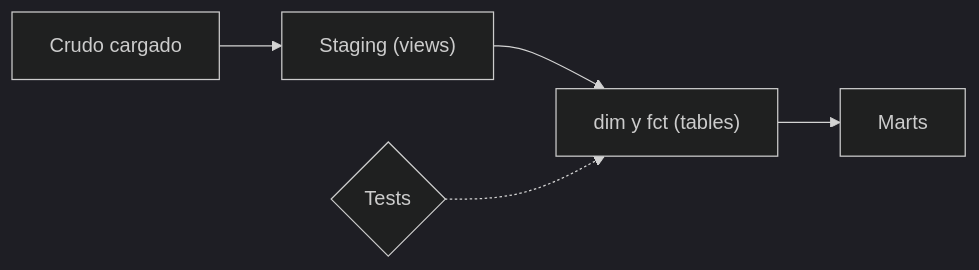
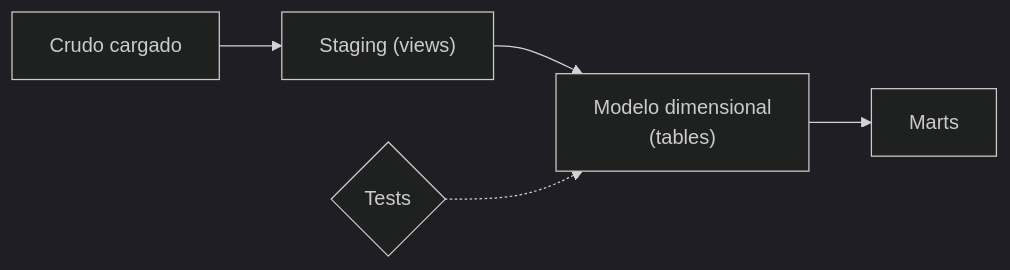
The second of 3 diagrams in content/architectures/modern-data-warehouse-architecture.md (fcp4891/de-knowledge-hub), drawn with Mermaid (dark theme) before and after one commit. The commit also changed other lines of this file and 13 other files, not shown here.

````diff
--- a/content/architectures/modern-data-warehouse-architecture.md
+++ b/content/architectures/modern-data-warehouse-architecture.md
@@ -130,7 +130,7 @@
 ```mermaid
 flowchart LR
   R["Crudo cargado"] --> S["Staging (views)"]
-  S --> D["dim y fct (tables)"]
+  S --> D["Modelo dimensional<br/>(tables)"]
   D --> M["Marts"]
   T{"Tests"} -.-> D
 ```
````
